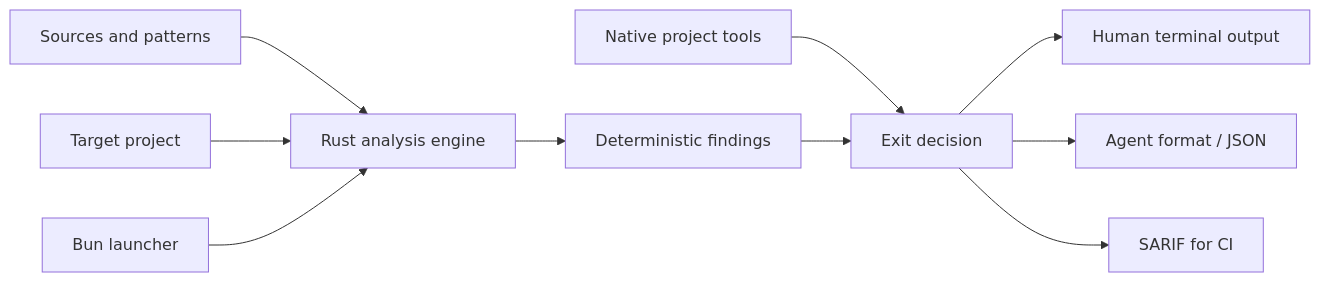
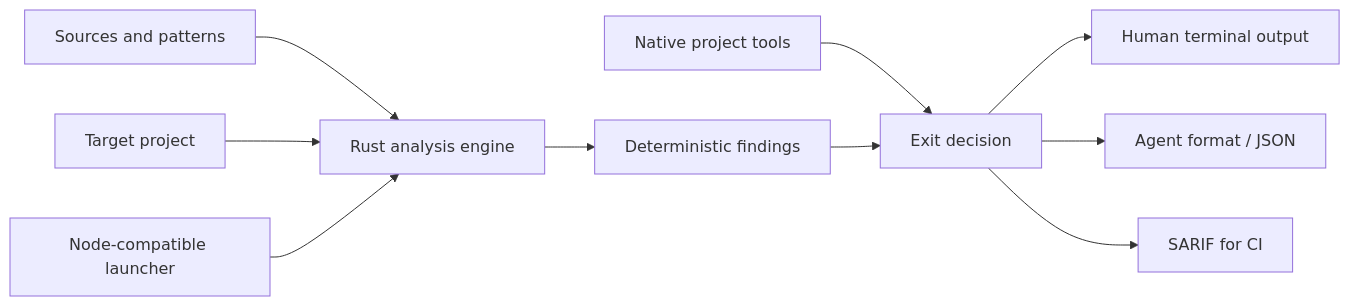
The diagram in docs/architecture.md (sayanmohsin/nice-code), drawn with Mermaid before and after one commit. The commit also changed other lines of this file and 30 other files, not shown here.

Commit message:
chore: migrate support tooling to mts and node launcher

````diff
--- a/docs/architecture.md
+++ b/docs/architecture.md
@@ -7,12 +7,12 @@
 ```mermaid
 flowchart LR
     Guidance[Sources and patterns] --> Engine[Rust analysis engine]
     Project[Target project] --> Engine
     Engine --> Findings[Deterministic findings]
     Native[Native project tools] --> Decision[Exit decision]
     Findings --> Decision
-    Launcher[Bun launcher] --> Engine
+    Launcher[Node-compatible launcher] --> Engine
     Decision --> Text[Human terminal output]
     Decision --> Agent[Agent format / JSON]
     Decision --> Sarif[SARIF for CI]
 ```
````
